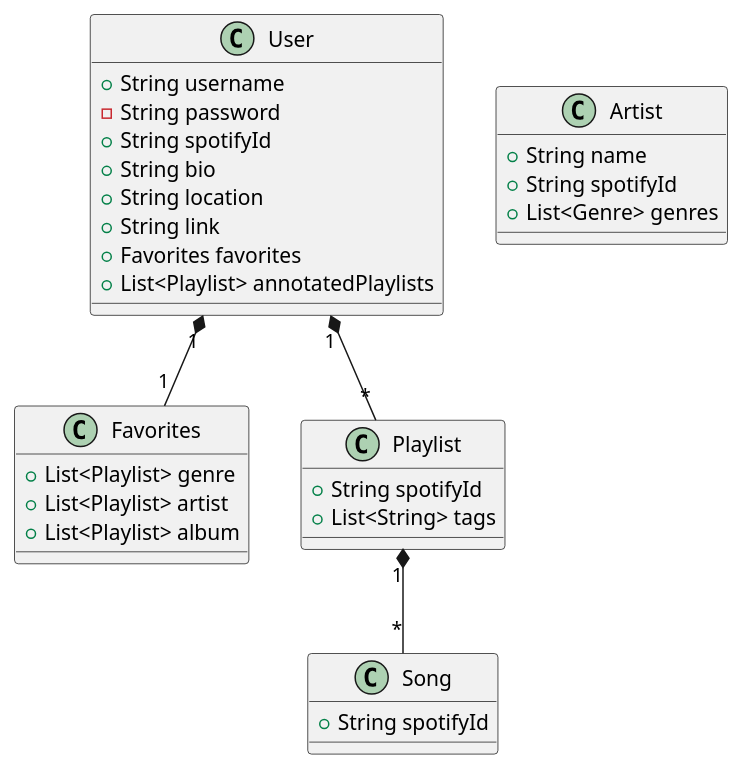
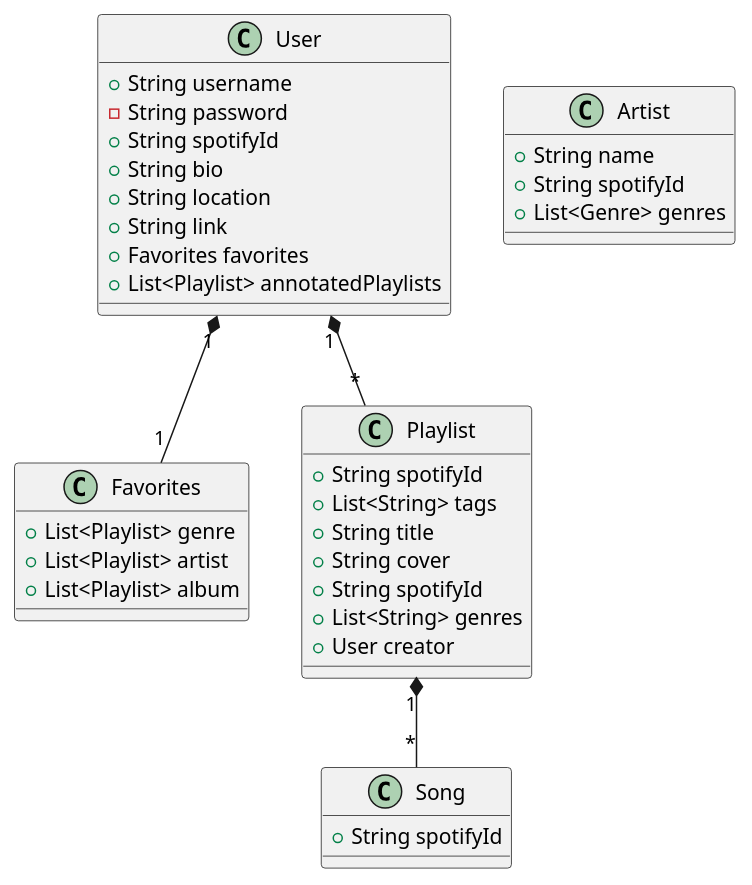
Before and after one commit to kadelk04/Spinterest: the diagram in db_structure.puml, drawn with PlantUML. The commit also changed 6 other files, not shown here.

```diff
--- a/db_structure.puml
+++ b/db_structure.puml
@@ -2,44 +2,49 @@
 @startuml db_structure
 'Users structure'
 class User {
     +String username
     -String password
     +String spotifyId
     +String bio
     +String location
     +String link
     +Favorites favorites
     +List<Playlist> annotatedPlaylists
 }
 
 'Favorites structure'
 class Favorites {
     +List<Playlist> genre
     +List<Playlist> artist
     +List<Playlist> album
 }
 
 'Playlist structure'
 class Playlist {
     +String spotifyId
     +List<String> tags
+    +String title
+    +String cover
+    +String spotifyId
+    +List<String> genres
+    +User creator
 }
 
 'Song structure'
 class Song {
     +String spotifyId
 }
 
 'Artist structure'
 class Artist {
     +String name
     +String spotifyId
     +List<Genre> genres
 }
 
 Playlist "1" *-- "*" Song
 
 User "1" *-- "*" Playlist
 
 User "1" *-- "1" Favorites
 @enduml
```
